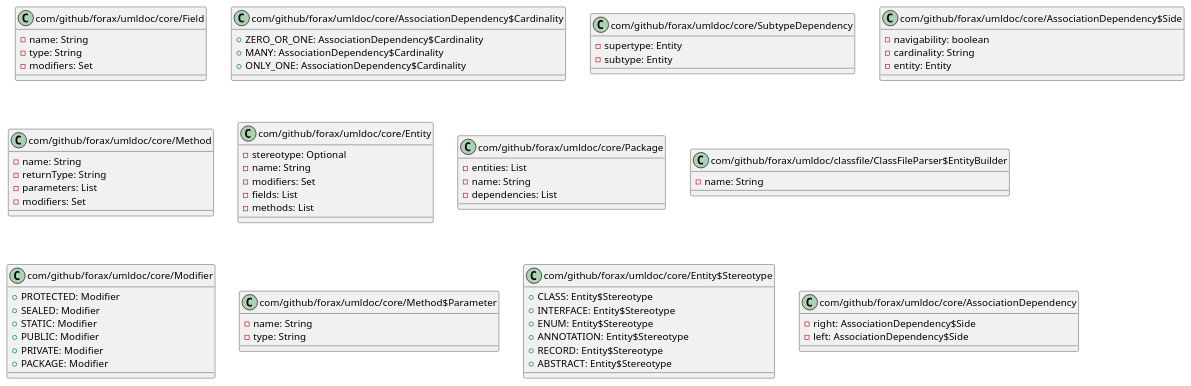
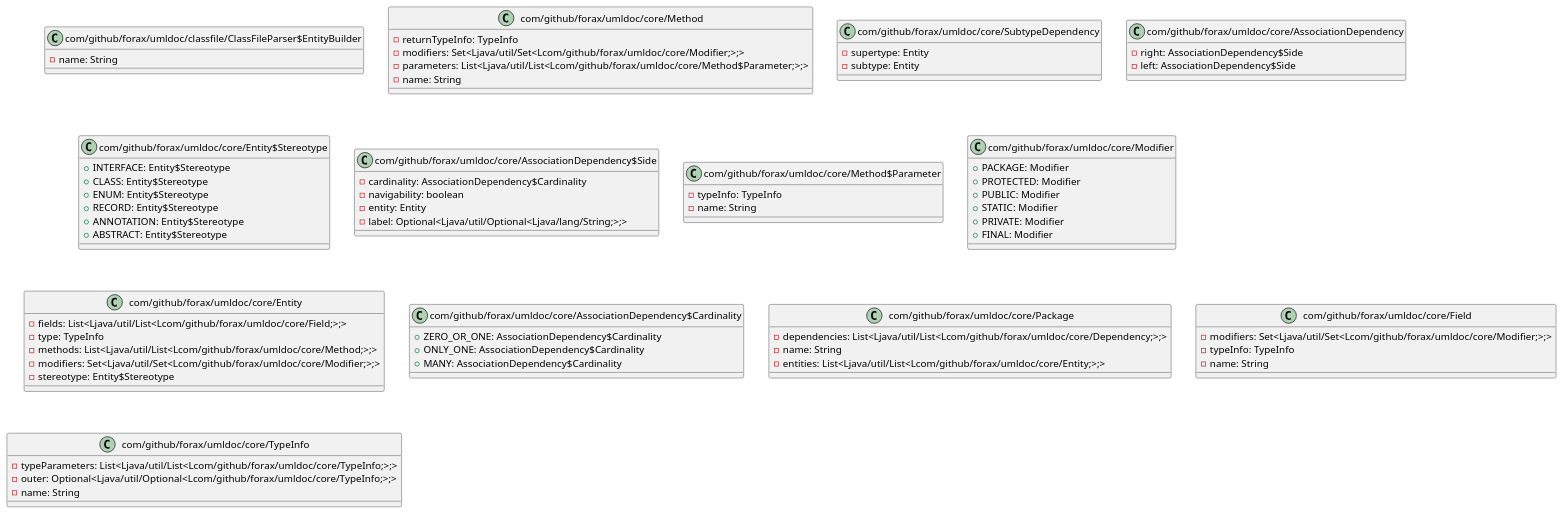
Before and after one commit to AxelBelin/umldocDonneBelinFork: the first of 2 diagrams in src/main/java/com/github/donnebelin/umldoc/test.md, drawn with PlantUML. The commit also changed other lines of this file and 5 other files, not shown here.

Commit message:
Fiw TypeInfo bug

```diff
--- a/src/main/java/com/github/donnebelin/umldoc/test.md
+++ b/src/main/java/com/github/donnebelin/umldoc/test.md
@@ -1,15 +1,14 @@
 @startuml
 
-    class com/github/forax/umldoc/core/Field {
+    class com/github/forax/umldoc/classfile/ClassFileParser$EntityBuilder {
       -name: String
-			-type: String
-			-modifiers: Set
     }
 
-    class com/github/forax/umldoc/core/AssociationDependency$Cardinality {
-      +ZERO_OR_ONE: AssociationDependency$Cardinality
-			+MANY: AssociationDependency$Cardinality
-			+ONLY_ONE: AssociationDependency$Cardinality
+    class com/github/forax/umldoc/core/Method {
+      -returnTypeInfo: TypeInfo
+			-modifiers: Set<Ljava/util/Set<Lcom/github/forax/umldoc/core/Modifier;>;>
+			-parameters: List<Ljava/util/List<Lcom/github/forax/umldoc/core/Method$Parameter;>;>
+			-name: String
     }
 
     class com/github/forax/umldoc/core/SubtypeDependency {
@@ -17,63 +16,71 @@
 			-subtype: Entity
     }
 
-    class com/github/forax/umldoc/core/AssociationDependency$Side {
-      -navigability: boolean
-			-cardinality: String
-			-entity: Entity
-    }
-
-    class com/github/forax/umldoc/core/Method {
-      -name: String
-			-returnType: String
-			-parameters: List
-			-modifiers: Set
-    }
-
-    class com/github/forax/umldoc/core/Entity {
-      -stereotype: Optional
-			-name: String
-			-modifiers: Set
-			-fields: List
-			-methods: List
-    }
-
-    class com/github/forax/umldoc/core/Package {
-      -entities: List
-			-name: String
-			-dependencies: List
-    }
-
-    class com/github/forax/umldoc/classfile/ClassFileParser$EntityBuilder {
-      -name: String
-    }
-
-    class com/github/forax/umldoc/core/Modifier {
-      +PROTECTED: Modifier
-			+SEALED: Modifier
-			+STATIC: Modifier
-			+PUBLIC: Modifier
-			+PRIVATE: Modifier
-			+PACKAGE: Modifier
-    }
-
-    class com/github/forax/umldoc/core/Method$Parameter {
-      -name: String
-			-type: String
-    }
-
-    class com/github/forax/umldoc/core/Entity$Stereotype {
-      +CLASS: Entity$Stereotype
-			+INTERFACE: Entity$Stereotype
-			+ENUM: Entity$Stereotype
-			+ANNOTATION: Entity$Stereotype
-			+RECORD: Entity$Stereotype
-			+ABSTRACT: Entity$Stereotype
-    }
-
     class com/github/forax/umldoc/core/AssociationDependency {
       -right: AssociationDependency$Side
 			-left: AssociationDependency$Side
     }
 
+    class com/github/forax/umldoc/core/Entity$Stereotype {
+      +INTERFACE: Entity$Stereotype
+			+CLASS: Entity$Stereotype
+			+ENUM: Entity$Stereotype
+			+RECORD: Entity$Stereotype
+			+ANNOTATION: Entity$Stereotype
+			+ABSTRACT: Entity$Stereotype
+    }
+
+    class com/github/forax/umldoc/core/AssociationDependency$Side {
+      -cardinality: AssociationDependency$Cardinality
+			-navigability: boolean
+			-entity: Entity
+			-label: Optional<Ljava/util/Optional<Ljava/lang/String;>;>
+    }
+
+    class com/github/forax/umldoc/core/Method$Parameter {
+      -typeInfo: TypeInfo
+			-name: String
+    }
+
+    class com/github/forax/umldoc/core/Modifier {
+      +PACKAGE: Modifier
+			+PROTECTED: Modifier
+			+PUBLIC: Modifier
+			+STATIC: Modifier
+			+PRIVATE: Modifier
+			+FINAL: Modifier
+    }
+
+    class com/github/forax/umldoc/core/Entity {
+      -fields: List<Ljava/util/List<Lcom/github/forax/umldoc/core/Field;>;>
+			-type: TypeInfo
+			-methods: List<Ljava/util/List<Lcom/github/forax/umldoc/core/Method;>;>
+			-modifiers: Set<Ljava/util/Set<Lcom/github/forax/umldoc/core/Modifier;>;>
+			-stereotype: Entity$Stereotype
+    }
+
+    class com/github/forax/umldoc/core/AssociationDependency$Cardinality {
+      +ZERO_OR_ONE: AssociationDependency$Cardinality
+			+ONLY_ONE: AssociationDependency$Cardinality
+			+MANY: AssociationDependency$Cardinality
+    }
+
+    class com/github/forax/umldoc/core/Package {
+      -dependencies: List<Ljava/util/List<Lcom/github/forax/umldoc/core/Dependency;>;>
+			-name: String
+			-entities: List<Ljava/util/List<Lcom/github/forax/umldoc/core/Entity;>;>
+    }
+
+    class com/github/forax/umldoc/core/Field {
+      -modifiers: Set<Ljava/util/Set<Lcom/github/forax/umldoc/core/Modifier;>;>
+			-typeInfo: TypeInfo
+			-name: String
+    }
+
+    class com/github/forax/umldoc/core/TypeInfo {
+      -typeParameters: List<Ljava/util/List<Lcom/github/forax/umldoc/core/TypeInfo;>;>
+			-outer: Optional<Ljava/util/Optional<Lcom/github/forax/umldoc/core/TypeInfo;>;>
+			-name: String
+    }
+
 @enduml
```
